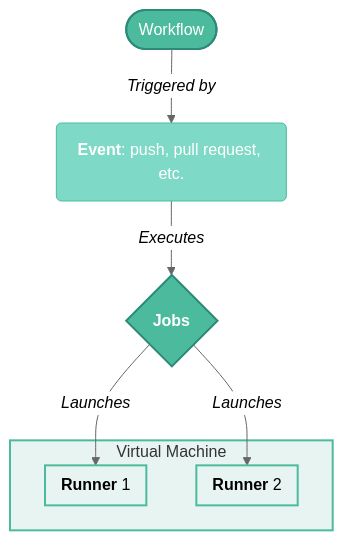
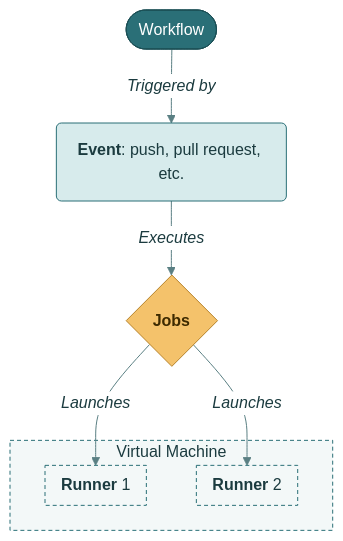
The third of 8 diagrams in gha.qmd (mjfrigaard/shiny-app-pkgs), drawn with Mermaid before and after one commit. The commit also changed other lines of this file and 22 other files, not shown here.

First line of the commit message:
Standardize mermaid diagrams on the site teal palette

````diff
--- a/gha.qmd
+++ b/gha.qmd
@@ -201,24 +208,28 @@
 ```{mermaid}
 %%| fig-align: center
-%%{init: {'theme': 'neutral', 'themeVariables': { 'fontFamily': 'monospace', "fontSize":"16px"}}}%%
+%%{init: {'theme': 'base', 'themeVariables': { 'fontFamily': 'monospace', "fontSize":"16px", "primaryColor":"#D7EBEC", "primaryTextColor":"#1B3B3F", "primaryBorderColor":"#2A6F77", "lineColor":"#5A7F83", "edgeLabelBackground":"#FFFFFF", "clusterBkg":"#F3F8F8", "clusterBorder":"#2A6F77", "darkMode":false}}}%%
 
 flowchart
   workflow(["Workflow"]) -->|"<em>Triggered by<em>"| event("<strong>Event</strong>: push, pull request, etc.")
 
   subgraph VM["Virtual Machine"]
     subgraph runner02["<strong>Runner</strong> 2"]
     end
     subgraph runner01["<strong>Runner</strong> 1"]
     end
   end
 
   event --> |"<em>Executes</em>"| Jobs{"<strong>Jobs</strong>"}
   Jobs --> |"<em>Launches</em>"|runner01 & runner02
 
-  style workflow fill:#4CBB9D,color:#fff,stroke:#2d8a7a,stroke-width:2px
-  style event fill:#7fd9c7,color:#fff,stroke:#4CBB9D,stroke-width:1px
-  style Jobs fill:#4CBB9D,color:#fff,stroke:#2d8a7a,stroke-width:2px
-  style VM fill:#e8f4f1,stroke:#4CBB9D,stroke-width:2px
-  style runner01 fill:#e8f4f1,stroke:#4CBB9D,stroke-width:2px
-  style runner02 fill:#e8f4f1,stroke:#4CBB9D,stroke-width:2px
+    classDef term fill:#2A6F77,color:#FFFFFF,stroke:#1B4F55,stroke-width:1px
+    classDef step fill:#D7EBEC,color:#1B3B3F,stroke:#2A6F77,stroke-width:1px
+    classDef decision fill:#F4C26B,color:#3D2A00,stroke:#B7832B,stroke-width:1px
+    classDef io fill:#FFFFFF,color:#1B3B3F,stroke:#2A6F77,stroke-width:1px
+    class workflow term
+    class event step
+    class Jobs decision
+    style VM fill:#F3F8F8,color:#1B3B3F,stroke:#2A6F77,stroke-width:1px,stroke-dasharray:4 3
+    style runner02 fill:#F3F8F8,color:#1B3B3F,stroke:#2A6F77,stroke-width:1px,stroke-dasharray:4 3
+    style runner01 fill:#F3F8F8,color:#1B3B3F,stroke:#2A6F77,stroke-width:1px,stroke-dasharray:4 3
 ```
````
